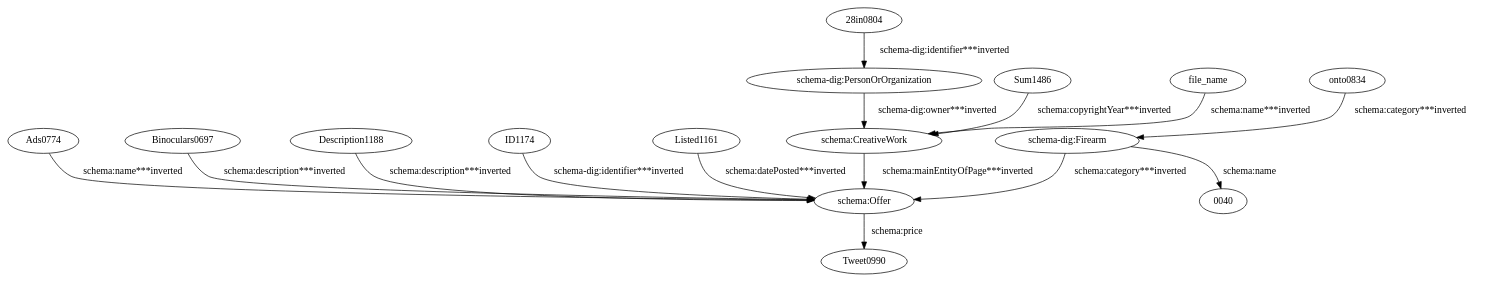
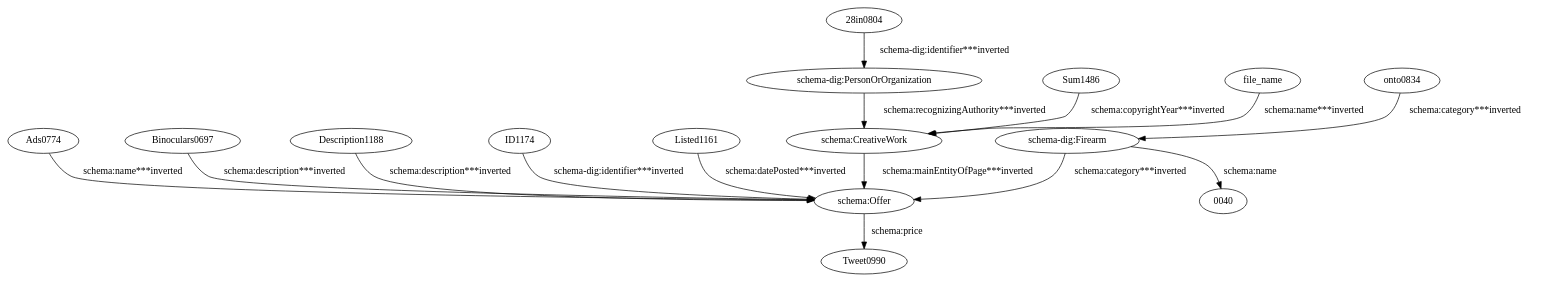
Before and after one commit to giuseppefutia/semi: the diagram in data/taheriyan2016/task_04/semantic_models/steiner/dot/shooterswap.dot, drawn with Graphviz. The commit also changed 119 other files, not shown here.

```diff
--- a/data/taheriyan2016/task_04/semantic_models/steiner/dot/shooterswap.dot
+++ b/data/taheriyan2016/task_04/semantic_models/steiner/dot/shooterswap.dot
@@ -1,31 +1,31 @@
 digraph {
   "28in0804" [type=attribute_name,label="28in0804"]
   "schema-dig:PersonOrOrganization1" [type=class_uri,label="schema-dig:PersonOrOrganization"]
   Ads0774 [type=attribute_name,label=Ads0774]
   "schema:Offer1" [type=class_uri,label="schema:Offer"]
   Binoculars0697 [type=attribute_name,label=Binoculars0697]
   Description1188 [type=attribute_name,label=Description1188]
   ID1174 [type=attribute_name,label=ID1174]
   Listed1161 [type=attribute_name,label=Listed1161]
   Sum1486 [type=attribute_name,label=Sum1486]
   "schema:CreativeWork1" [type=class_uri,label="schema:CreativeWork"]
   file_name [type=attribute_name,label=file_name]
   onto0834 [type=attribute_name,label=onto0834]
   "schema-dig:Firearm1" [type=class_uri,label="schema-dig:Firearm"]
   "0040" [type=attribute_name,label="0040"]
   Tweet0990 [type=attribute_name,label=Tweet0990]
   "28in0804" -> "schema-dig:PersonOrOrganization1" [type=st_property_uri,label="schema-dig:identifier***inverted",weight=1]
   Ads0774 -> "schema:Offer1" [type=st_property_uri,label="schema:name***inverted",weight=1]
   Binoculars0697 -> "schema:Offer1" [type=st_property_uri,label="schema:description***inverted",weight=1]
   Description1188 -> "schema:Offer1" [type=st_property_uri,label="schema:description***inverted",weight=1]
   ID1174 -> "schema:Offer1" [type=st_property_uri,label="schema-dig:identifier***inverted",weight=1]
   Listed1161 -> "schema:Offer1" [type=st_property_uri,label="schema:datePosted***inverted",weight=1]
   Sum1486 -> "schema:CreativeWork1" [type=st_property_uri,label="schema:copyrightYear***inverted",weight=1]
   file_name -> "schema:CreativeWork1" [type=st_property_uri,label="schema:name***inverted",weight=1]
   onto0834 -> "schema-dig:Firearm1" [type=st_property_uri,label="schema:category***inverted",weight=1]
   "schema-dig:Firearm1" -> "0040" [label="schema:name",type=st_property_uri]
   "schema-dig:Firearm1" -> "schema:Offer1" [type=inherited,label="schema:category***inverted",weight=4]
-  "schema-dig:PersonOrOrganization1" -> "schema:CreativeWork1" [type=inherited,label="schema-dig:owner***inverted",weight=4]
+  "schema-dig:PersonOrOrganization1" -> "schema:CreativeWork1" [type=inherited,label="schema:recognizingAuthority***inverted",weight=4]
   "schema:CreativeWork1" -> "schema:Offer1" [type=inherited,label="schema:mainEntityOfPage***inverted",weight=4]
   "schema:Offer1" -> Tweet0990 [label="schema:price",type=st_property_uri]
 }
```
